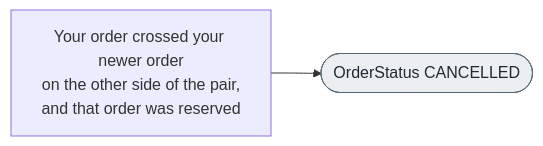
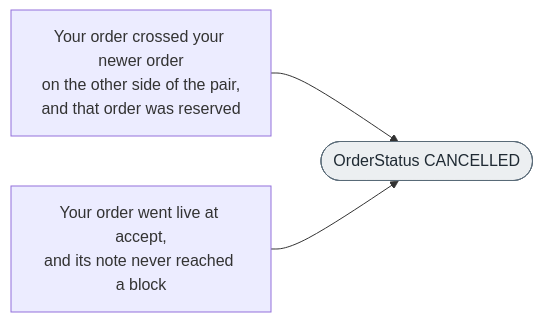
The seventh of 13 diagrams in docs/market-maker-guide.md (inicio-labs/solver), drawn with Mermaid before and after one commit. The commit also changed other lines of this file and 24 other files, not shown here.

First line of the commit message:
fix(maker): review fixes for live at accept

````diff
--- a/docs/market-maker-guide.md
+++ b/docs/market-maker-guide.md
@@ -671,6 +671,7 @@
 ```mermaid
 flowchart LR
     t["Your order crossed your newer order<br/>on the other side of the pair,<br/>and that order was reserved"] --> e(["OrderStatus CANCELLED"])
+    n["Your order went live at accept,<br/>and its note never reached a block"] --> e
     classDef ev fill:#eceff1,stroke:#5a6b78,color:#1f2a33
     class e ev
 ```
````
